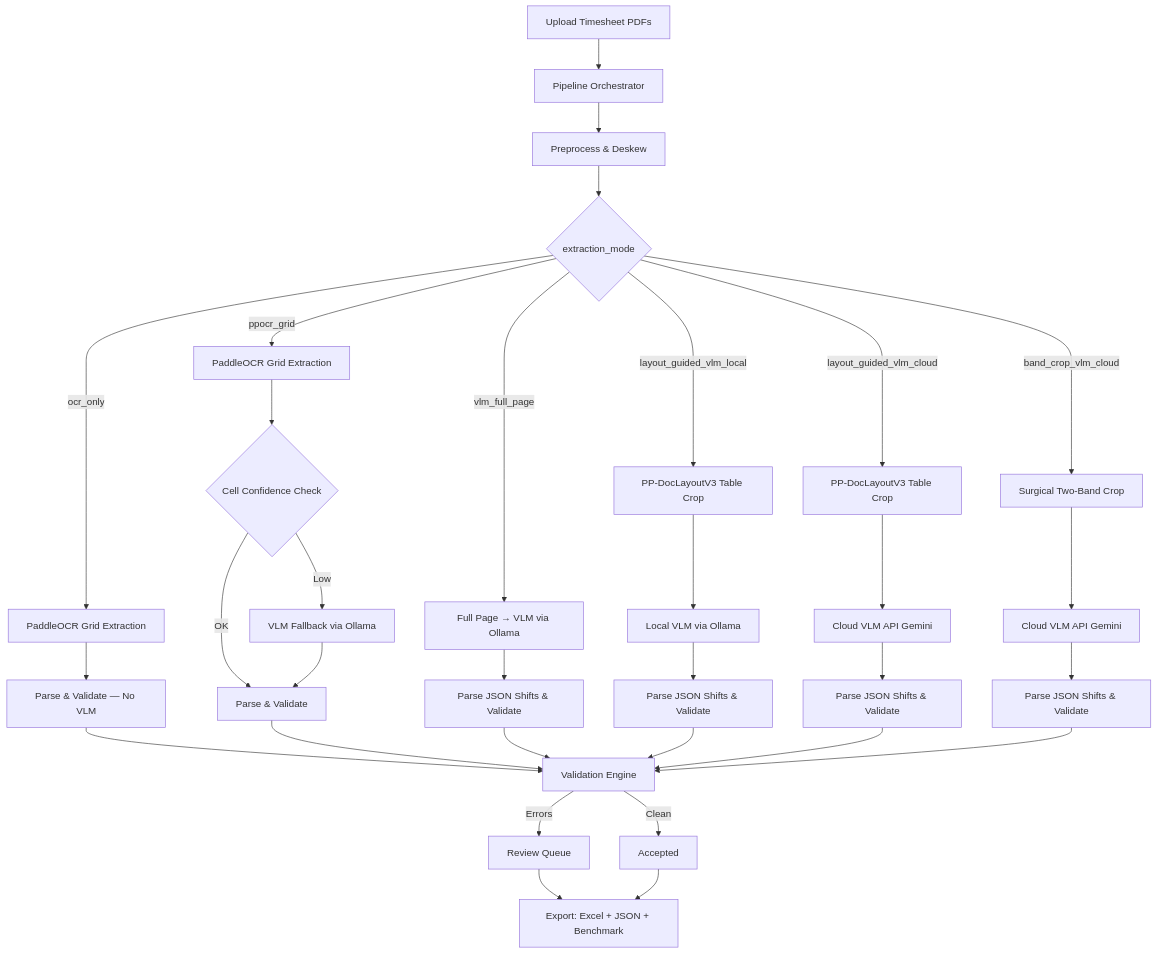
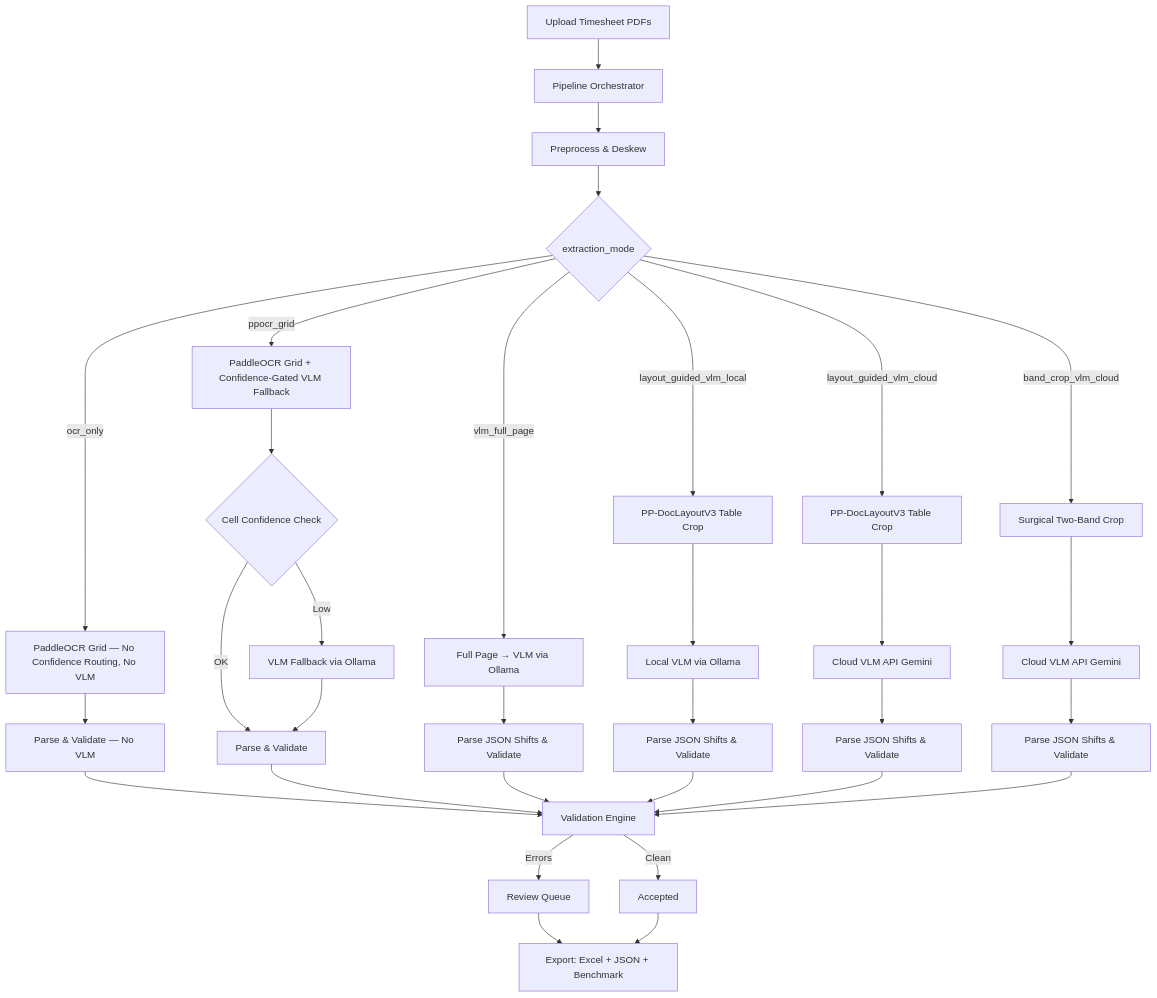
One commit to mohitagr18/timesheet-ocr changed the diagram in README.md. Above: the diagram before and after it, drawn with Mermaid. The commit also changed other lines of this file and 6 other files, not shown here.

````diff
--- a/README.md
+++ b/README.md
@@ -15,35 +15,35 @@
 ```mermaid
 graph TD
     A[Upload Timesheet PDFs] --> B[Pipeline Orchestrator]
     B --> C[Preprocess & Deskew]
     C --> D{extraction_mode}
 
-    D -->|ocr_only| E1[PaddleOCR Grid Extraction]
+    D -->|ocr_only| E1[PaddleOCR Grid — No Confidence Routing, No VLM]
     E1 --> F1[Parse & Validate — No VLM]
 
-    D -->|ppocr_grid| E2[PaddleOCR Grid Extraction]
+    D -->|ppocr_grid| E2[PaddleOCR Grid + Confidence-Gated VLM Fallback]
     E2 --> F2{Cell Confidence Check}
     F2 -->|Low| G2[VLM Fallback via Ollama]
     F2 -->|OK| H2[Parse & Validate]
     G2 --> H2
 
     D -->|vlm_full_page| E3[Full Page → VLM via Ollama]
     E3 --> F3[Parse JSON Shifts & Validate]
 
     D -->|layout_guided_vlm_local| E4[PP-DocLayoutV3 Table Crop]
     E4 --> F4[Local VLM via Ollama]
     F4 --> G4[Parse JSON Shifts & Validate]
 
     D -->|layout_guided_vlm_cloud| E5[PP-DocLayoutV3 Table Crop]
     E5 --> F5[Cloud VLM API Gemini]
     F5 --> G5[Parse JSON Shifts & Validate]
 
     D -->|band_crop_vlm_cloud| E6[Surgical Two-Band Crop]
     E6 --> F6[Cloud VLM API Gemini]
     F6 --> G6[Parse JSON Shifts & Validate]
 
     F1 & H2 & F3 & G4 & G5 & G6 --> I[Validation Engine]
     I -->|Errors| J[Review Queue]
     I -->|Clean| K[Accepted]
     J & K --> L[Export: Excel + JSON + Benchmark]
 ```
````
